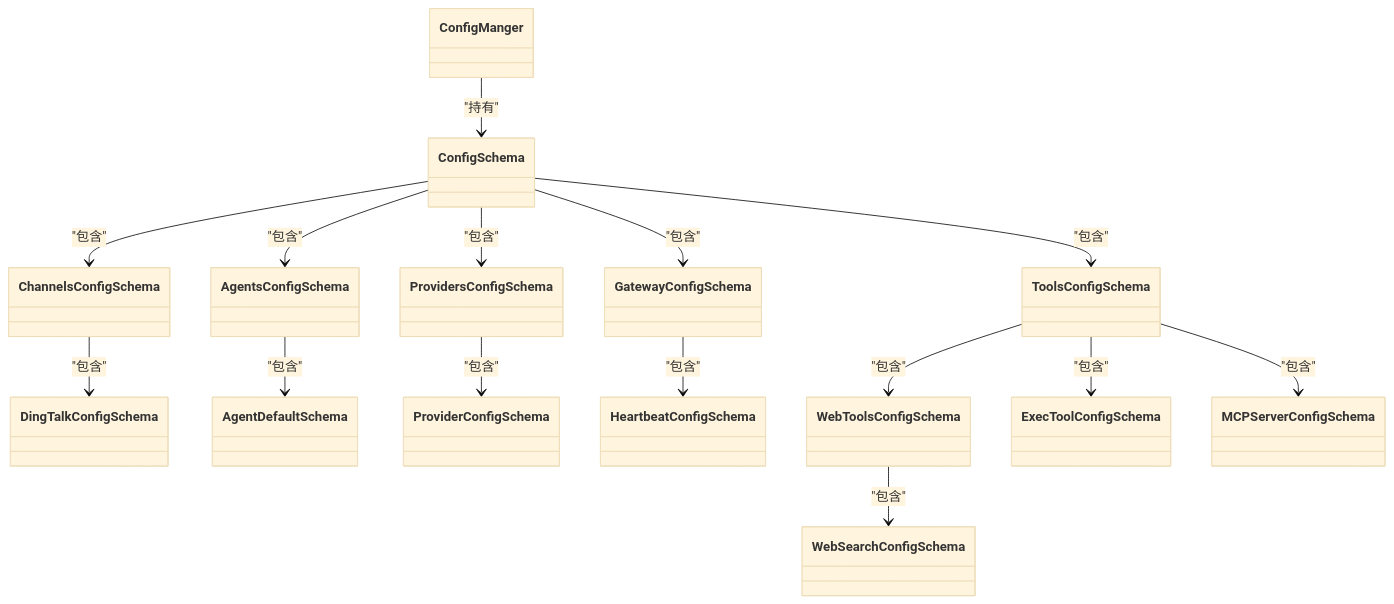
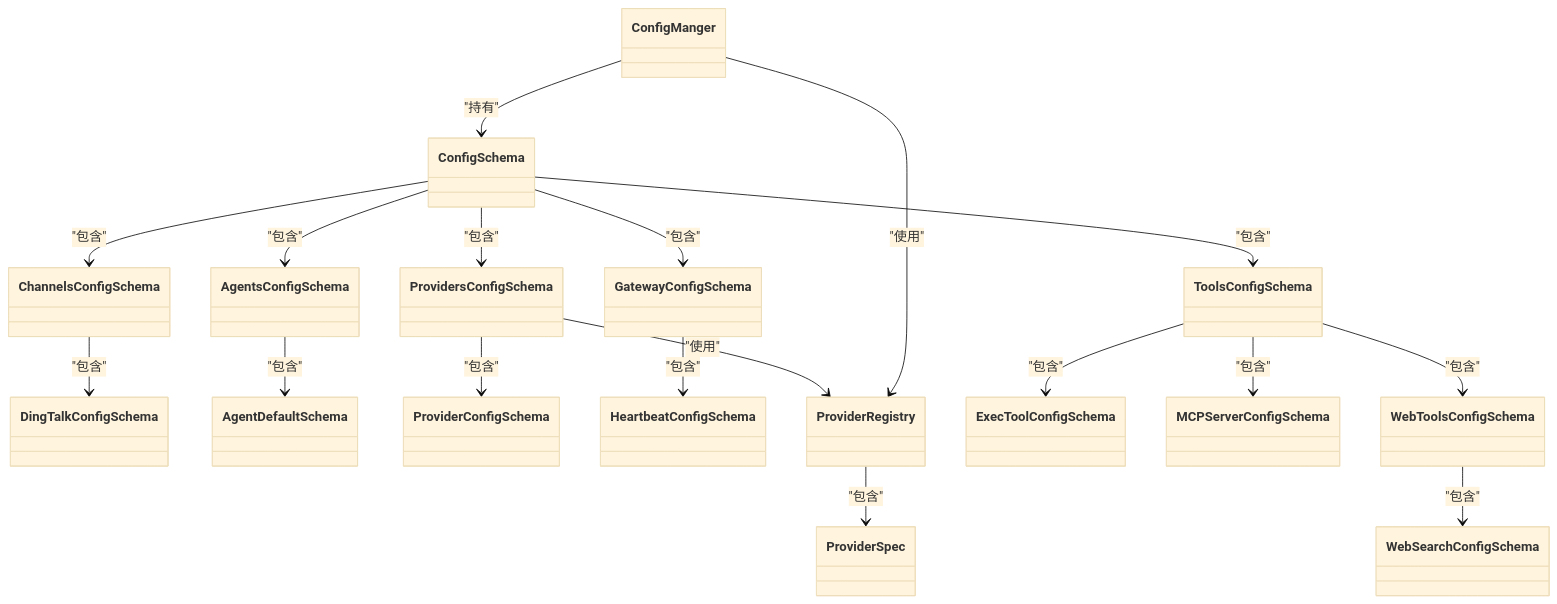
One commit to neciszhang/batbot changed the second of 3 diagrams in .qoder/repowiki/zh/content/配置系统/配置模式定义.md. Above: the diagram before and after it, drawn with Mermaid (base theme). The commit also changed other lines of this file and 13 other files, not shown here.

````diff
--- a/.qoder/repowiki/zh/content/配置系统/配置模式定义.md
+++ b/.qoder/repowiki/zh/content/配置系统/配置模式定义.md
@@ -112,32 +124,37 @@
 ```mermaid
 classDiagram
 class DingTalkConfigSchema
 class ChannelsConfigSchema
 class AgentDefaultSchema
 class AgentsConfigSchema
 class ProviderConfigSchema
 class ProvidersConfigSchema
 class HeartbeatConfigSchema
 class GatewayConfigSchema
 class WebSearchConfigSchema
 class WebToolsConfigSchema
 class ExecToolConfigSchema
 class MCPServerConfigSchema
 class ToolsConfigSchema
 class ConfigSchema
 class ConfigManger
+class ProviderRegistry
+class ProviderSpec
 ChannelsConfigSchema --> DingTalkConfigSchema : "包含"
 AgentsConfigSchema --> AgentDefaultSchema : "包含"
 ProvidersConfigSchema --> ProviderConfigSchema : "包含"
+ProvidersConfigSchema --> ProviderRegistry : "使用"
 GatewayConfigSchema --> HeartbeatConfigSchema : "包含"
 WebToolsConfigSchema --> WebSearchConfigSchema : "包含"
 ToolsConfigSchema --> WebToolsConfigSchema : "包含"
 ToolsConfigSchema --> ExecToolConfigSchema : "包含"
 ToolsConfigSchema --> MCPServerConfigSchema : "包含"
 ConfigSchema --> AgentsConfigSchema : "包含"
 ConfigSchema --> ChannelsConfigSchema : "包含"
 ConfigSchema --> ProvidersConfigSchema : "包含"
 ConfigSchema --> GatewayConfigSchema : "包含"
 ConfigSchema --> ToolsConfigSchema : "包含"
 ConfigManger --> ConfigSchema : "持有"
+ConfigManger --> ProviderRegistry : "使用"
+ProviderRegistry --> ProviderSpec : "包含"
 ```
````
